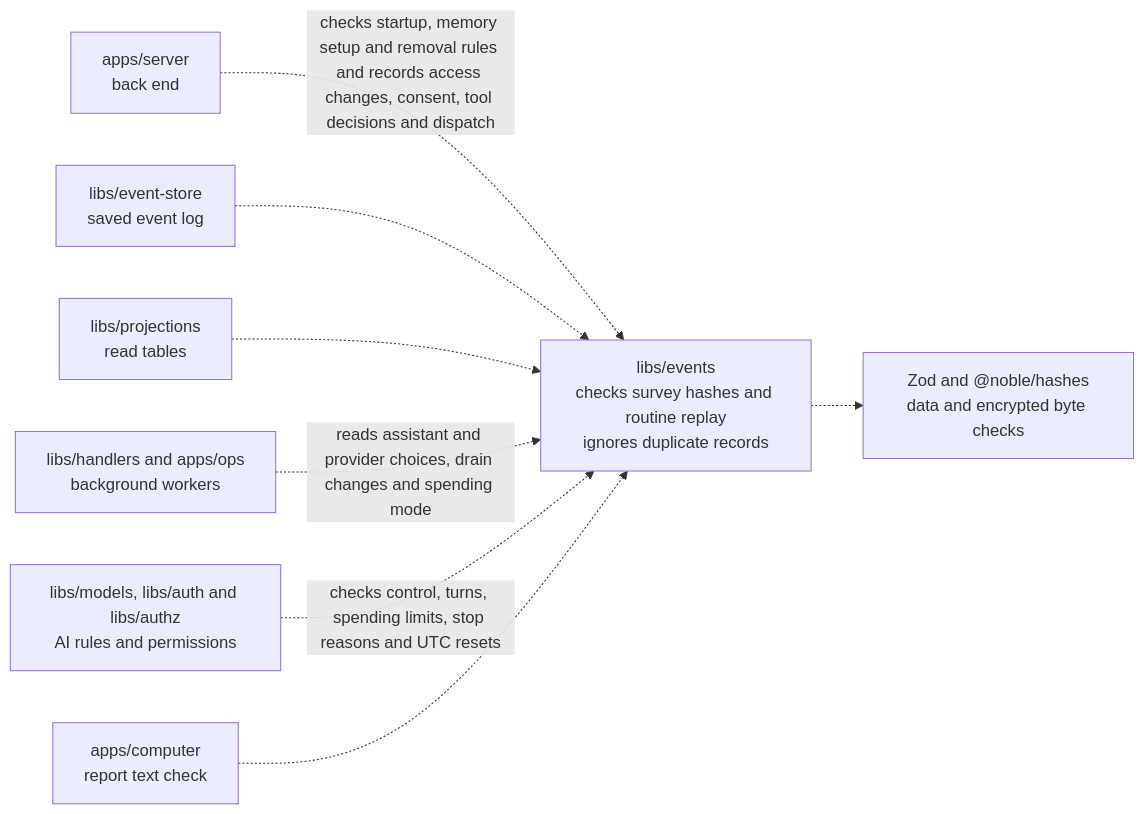
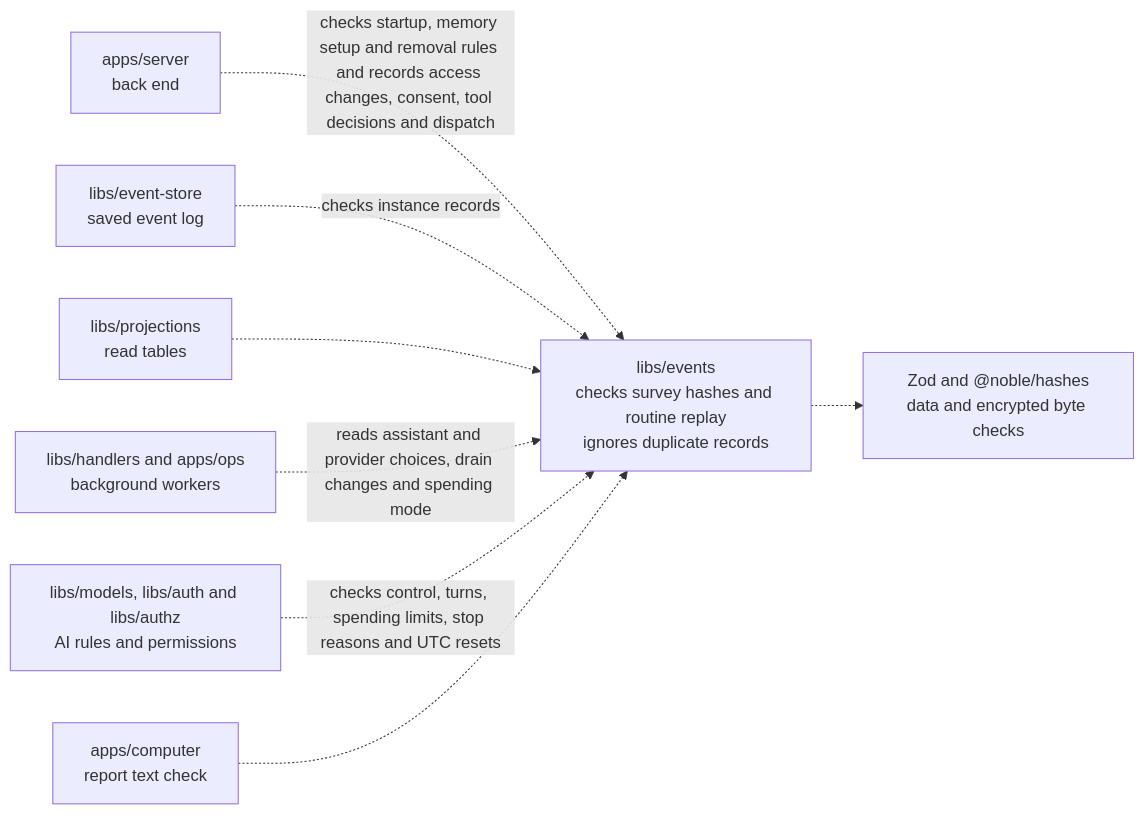
Before and after one commit to elewa-git/opencrane-new: the diagram in libs/events/README.md, drawn with Mermaid. The commit also changed other lines of this file and 16 other files, not shown here.

````diff
--- a/libs/events/README.md
+++ b/libs/events/README.md
@@ -24,10 +24,10 @@
 ```mermaid
 flowchart LR
   server["apps/server<br/>back end"] -.->|checks startup, memory setup and removal rules and records access changes, consent, tool decisions and dispatch| events["libs/events<br/>checks survey hashes and routine replay<br/>ignores duplicate records"]
-  store["libs/event-store<br/>saved event log"] -.-> events
+  store["libs/event-store<br/>saved event log"] -.->|checks instance records| events
   projections["libs/projections<br/>read tables"] -.-> events
   workers["libs/handlers and apps/ops<br/>background workers"] -.->|reads assistant and provider choices, drain changes and spending mode| events
   others["libs/models, libs/auth and libs/authz<br/>AI rules and permissions"] -.->|checks control, turns, spending limits, stop reasons and UTC resets| events
   computer["apps/computer<br/>report text check"] -.-> events
   events -.-> checks["Zod and @noble/hashes<br/>data and encrypted byte checks"]
 ```
````
